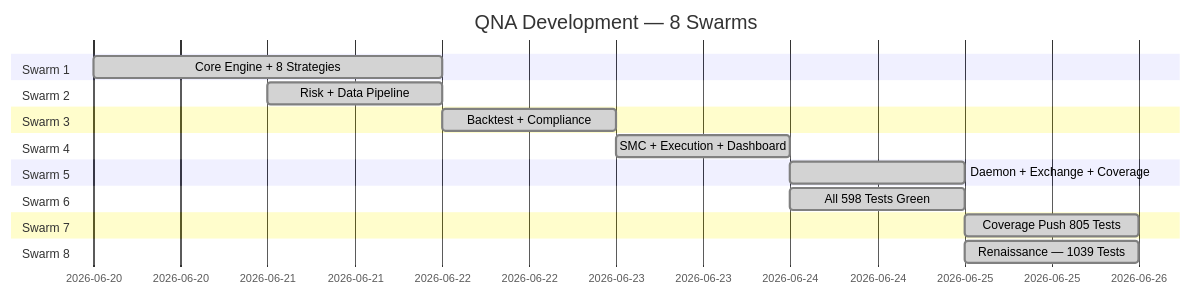
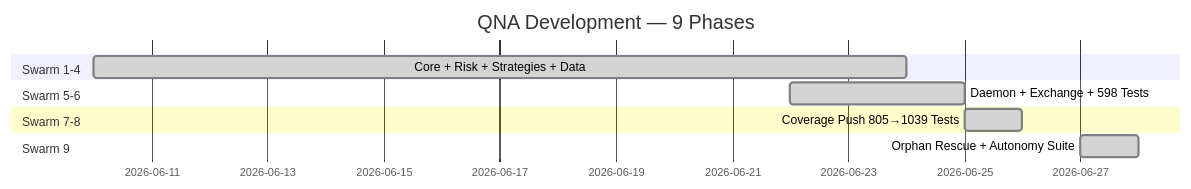
The second of 2 diagrams in docs/ARCHITECTURE.md (mulkymalikuldhrs/Quant-Nanggroe-AI), drawn with Mermaid before and after one commit. The commit also changed other lines of this file and 354 other files, not shown here.

First line of the commit message:
feat: v4.0.0 — orphan rescue, 8 auto-scripts, doc consolidation, 1119 tests

````diff
--- a/docs/ARCHITECTURE.md
+++ b/docs/ARCHITECTURE.md
@@ -31,21 +64,13 @@
 ```mermaid
 gantt
-    title QNA Development — 8 Swarms
+    title QNA Development — 9 Phases
     dateFormat  YYYY-MM-DD
-    section Swarm 1
-    Core Engine + 8 Strategies    :done, 2026-06-20, 2d
-    section Swarm 2
-    Risk + Data Pipeline          :done, 2026-06-21, 1d
-    section Swarm 3
-    Backtest + Compliance         :done, 2026-06-22, 1d
-    section Swarm 4
-    SMC + Execution + Dashboard   :done, 2026-06-23, 1d
-    section Swarm 5
-    Daemon + Exchange + Coverage  :done, 2026-06-24, 1d
-    section Swarm 6
-    All 598 Tests Green           :done, 2026-06-24, 1d
-    section Swarm 7
-    Coverage Push 805 Tests       :done, 2026-06-25, 1d
-    section Swarm 8
-    Renaissance — 1039 Tests      :done, 2026-06-25, 1d
+    section Swarm 1-4
+    Core + Risk + Strategies + Data    :done, 2026-06-10, 14d
+    section Swarm 5-6
+    Daemon + Exchange + 598 Tests      :done, 2026-06-22, 3d
+    section Swarm 7-8
+    Coverage Push 805→1039 Tests       :done, 2026-06-25, 1d
+    section Swarm 9
+    Orphan Rescue + Autonomy Suite      :done, 2026-06-27, 1d
 ```
````
